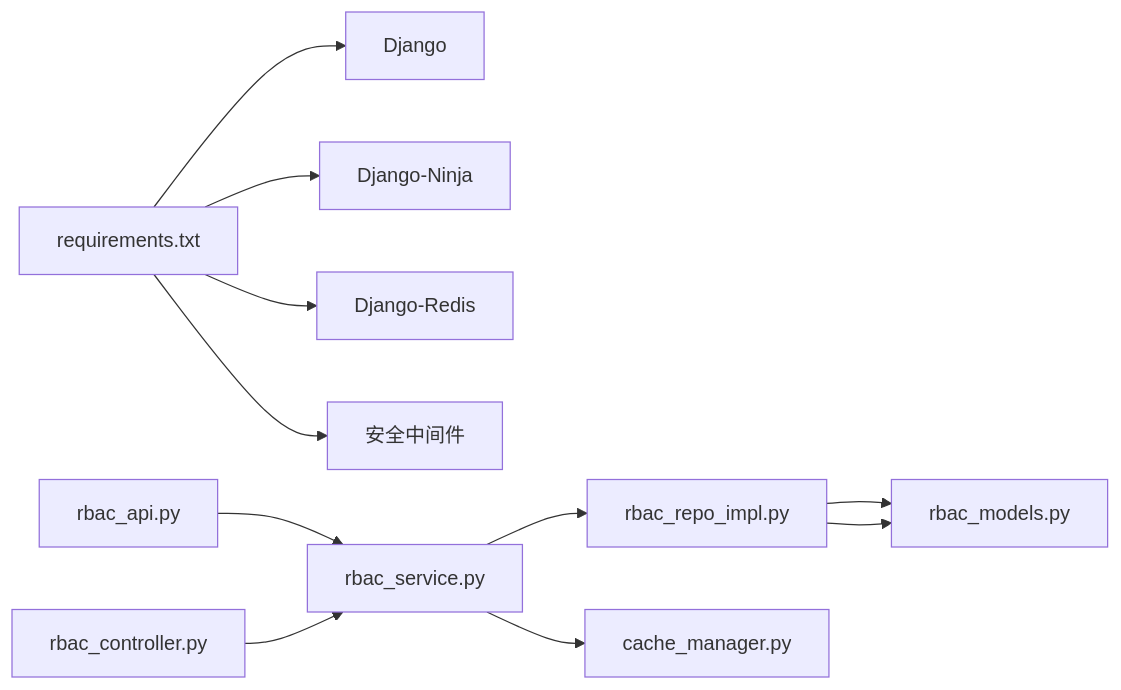
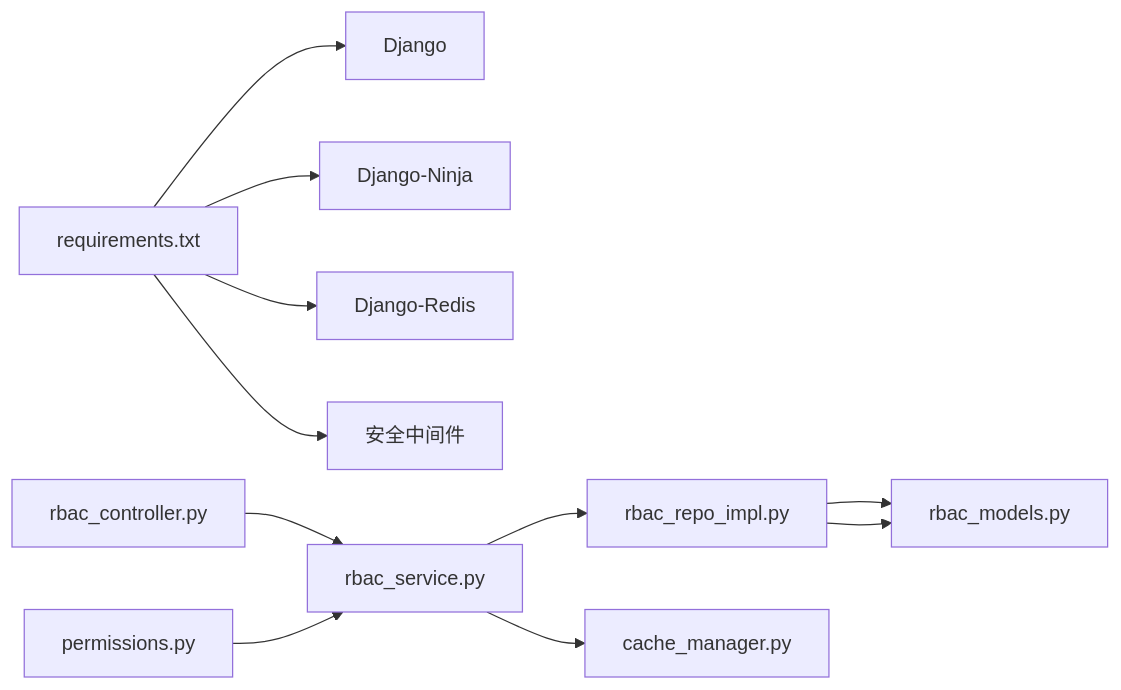
One commit to taoweidong/Hello-Django-Ninja-Api changed the tenth of 10 diagrams in .qoder/repowiki/zh/content/核心模块/权限管理系统.md. Above: the diagram before and after it, drawn with Mermaid. The commit also changed other lines of this file and 96 other files, not shown here.

````diff
--- a/.qoder/repowiki/zh/content/核心模块/权限管理系统.md
+++ b/.qoder/repowiki/zh/content/核心模块/权限管理系统.md
@@ -387,13 +445,13 @@
 ```mermaid
 graph LR
 REQ["requirements.txt"] --> DJ["Django"]
 REQ --> DN["Django-Ninja"]
 REQ --> DR["Django-Redis"]
 REQ --> SEC["安全中间件"]
-API["rbac_api.py"] --> SVC["rbac_service.py"]
-CTRL["rbac_controller.py"] --> SVC
+CTRL["rbac_controller.py"] --> SVC["rbac_service.py"]
+PERM["permissions.py"] --> SVC
 SVC --> REPO["rbac_repo_impl.py"]
 REPO --> MODELS["rbac_models.py"]
 SVC --> CACHE["cache_manager.py"]
 REPO --> MODELS
 ```
````
